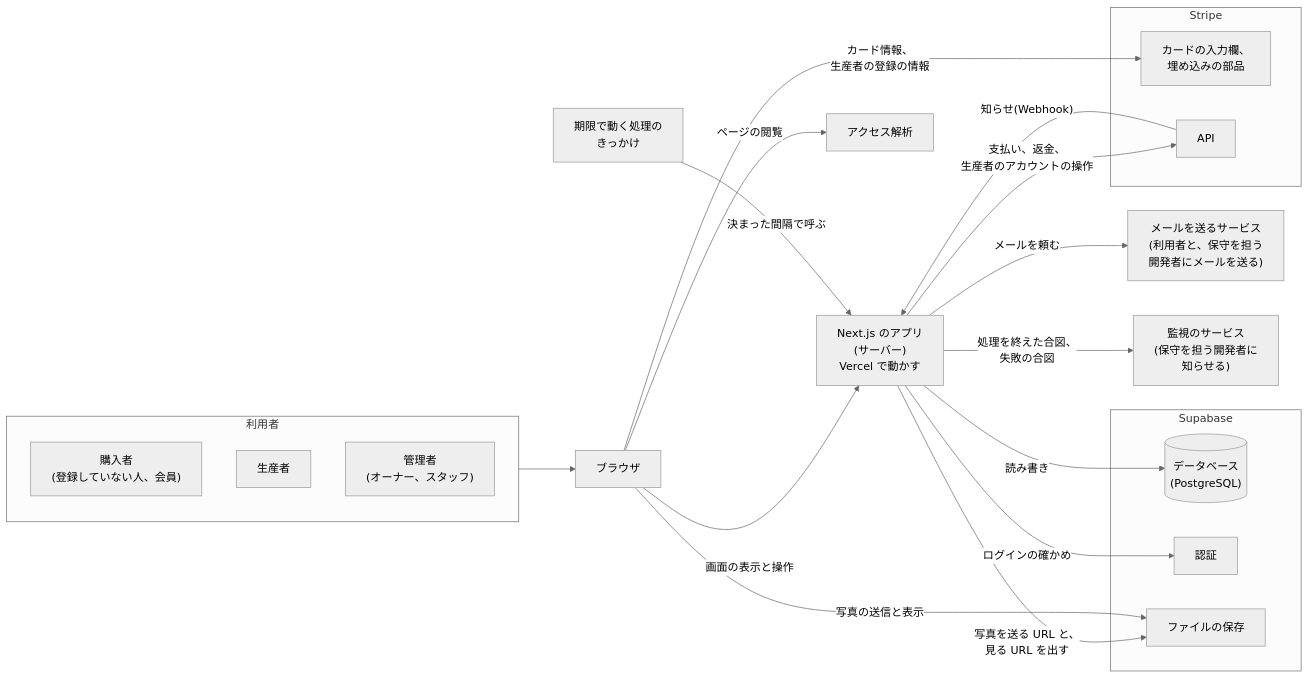
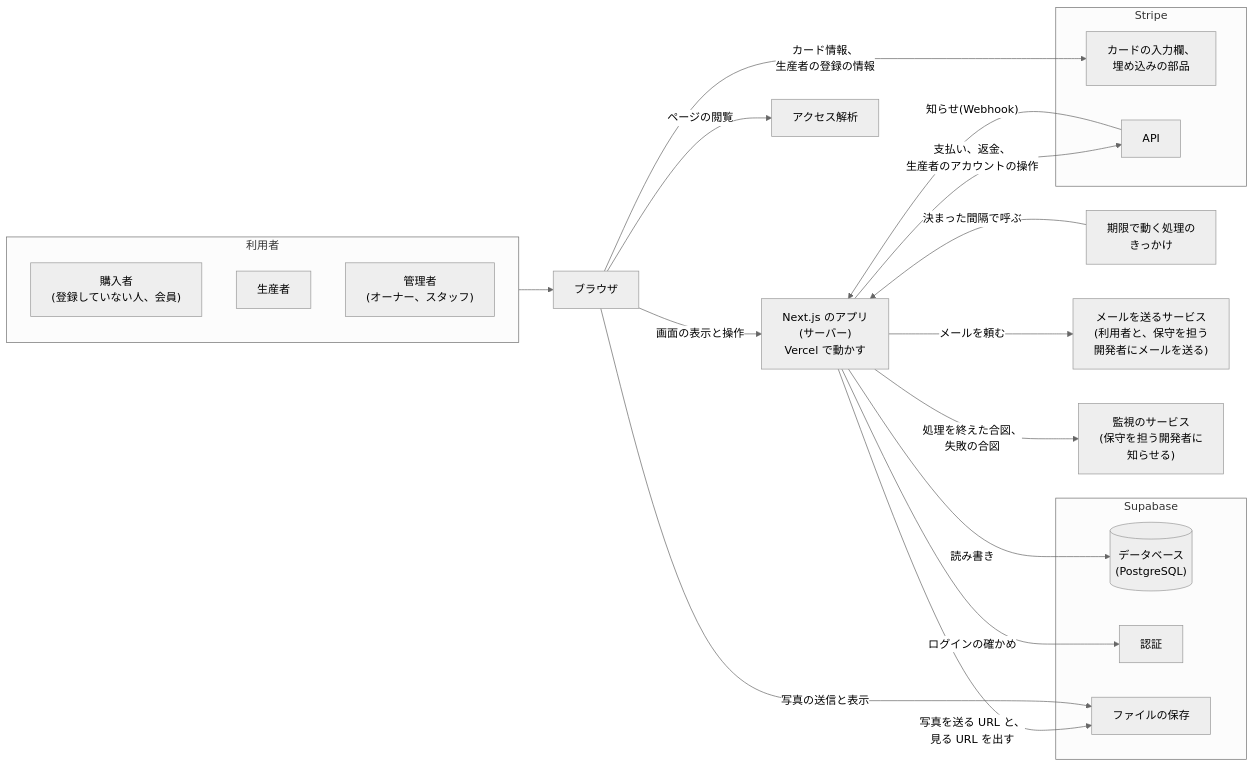
One commit to tenkunomori-emu/emu-farm-ec changed the first of 16 diagrams in docs/02-basic-design.md. Above: the diagram before and after it, drawn with Mermaid (neutral theme). The commit also changed other lines of this file and 3 other files, not shown here.

````diff
--- a/docs/02-basic-design.md
+++ b/docs/02-basic-design.md
@@ -27,38 +27,39 @@
 ```mermaid
 flowchart LR
     subgraph USERS["利用者"]
         direction TB
         BUYER["購入者<br/>(登録していない人、会員)"]
         PRODUCER["生産者"]
         ADMIN["管理者<br/>(オーナー、スタッフ)"]
     end
     BROWSER["ブラウザ"]
     TIMER["期限で動く処理の<br/>きっかけ"]
     APP["Next.js のアプリ<br/>(サーバー)<br/>Vercel で動かす"]
     subgraph STRIPE["Stripe"]
         STRIPE_UI["カードの入力欄、<br/>埋め込みの部品"]
         STRIPE_API["API"]
     end
     MAIL["メールを送るサービス<br/>(利用者と、保守を担う<br/>開発者にメールを送る)"]
     subgraph SUPABASE["Supabase"]
         DB[("データベース<br/>(PostgreSQL)")]
         AUTH["認証"]
         STORAGE["ファイルの保存"]
     end
     ANALYTICS["アクセス解析"]
     MONITOR["監視のサービス<br/>(保守を担う開発者に<br/>知らせる)"]
 
     USERS --> BROWSER
+    APP ~~~ TIMER
     BROWSER -- "画面の表示と操作" --> APP
     TIMER -- "決まった間隔で呼ぶ" --> APP
     APP -- "支払い、返金、<br/>生産者のアカウントの操作" --> STRIPE_API
     STRIPE_API -- "知らせ(Webhook)" --> APP
     APP -- "メールを頼む" --> MAIL
     APP -- "処理を終えた合図、<br/>失敗の合図" --> MONITOR
     APP -- "読み書き" --> DB
     APP -- "ログインの確かめ" --> AUTH
     APP -- "写真を送る URL と、<br/>見る URL を出す" --> STORAGE
     BROWSER -- "カード情報、<br/>生産者の登録の情報" --> STRIPE_UI
     BROWSER -- "写真の送信と表示" --> STORAGE
     BROWSER -- "ページの閲覧" --> ANALYTICS
 ```
````
